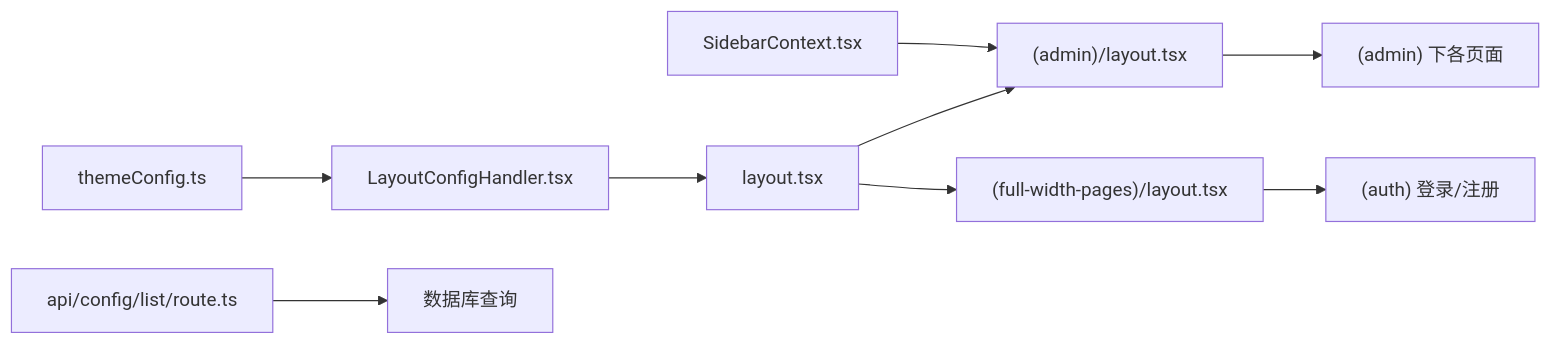
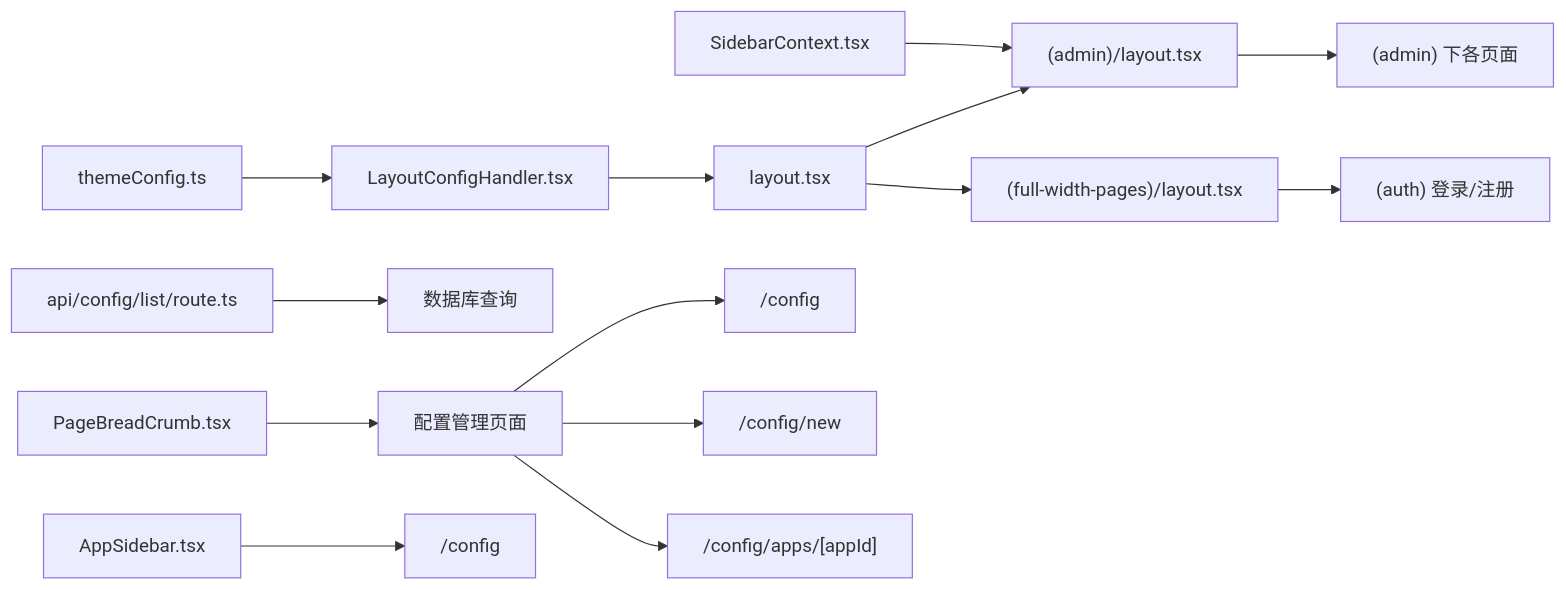
One commit to HAOFUYANG/nextjs-admin changed the seventh of 7 diagrams in .qoder/repowiki/zh/content/架构设计/路由架构.md. Above: the diagram before and after it, drawn with Mermaid. The commit also changed other lines of this file and 4 other files, not shown here.

````diff
--- a/.qoder/repowiki/zh/content/架构设计/路由架构.md
+++ b/.qoder/repowiki/zh/content/架构设计/路由架构.md
@@ -257,11 +349,16 @@
 ```mermaid
 graph LR
 themeConfig["themeConfig.ts"] --> LayoutConfigHandler["LayoutConfigHandler.tsx"]
 LayoutConfigHandler --> RootLayout["layout.tsx"]
 SidebarContext["SidebarContext.tsx"] --> AdminLayout["(admin)/layout.tsx"]
 RootLayout --> AdminLayout
 AdminLayout --> AdminPages["(admin) 下各页面"]
 RootLayout --> FullWidthLayout["(full-width-pages)/layout.tsx"]
 FullWidthLayout --> AuthPages["(auth) 登录/注册"]
 APIList["api/config/list/route.ts"] --> DB["数据库查询"]
+PageBreadcrumb["PageBreadCrumb.tsx"] --> ConfigPages["配置管理页面"]
+ConfigPages --> ConfigList["/config"]
+ConfigPages --> ConfigNew["/config/new"]
+ConfigPages --> ConfigApps["/config/apps/[appId]"]
+AppSidebar["AppSidebar.tsx"] --> ConfigRoute["/config"]
 ```
````
